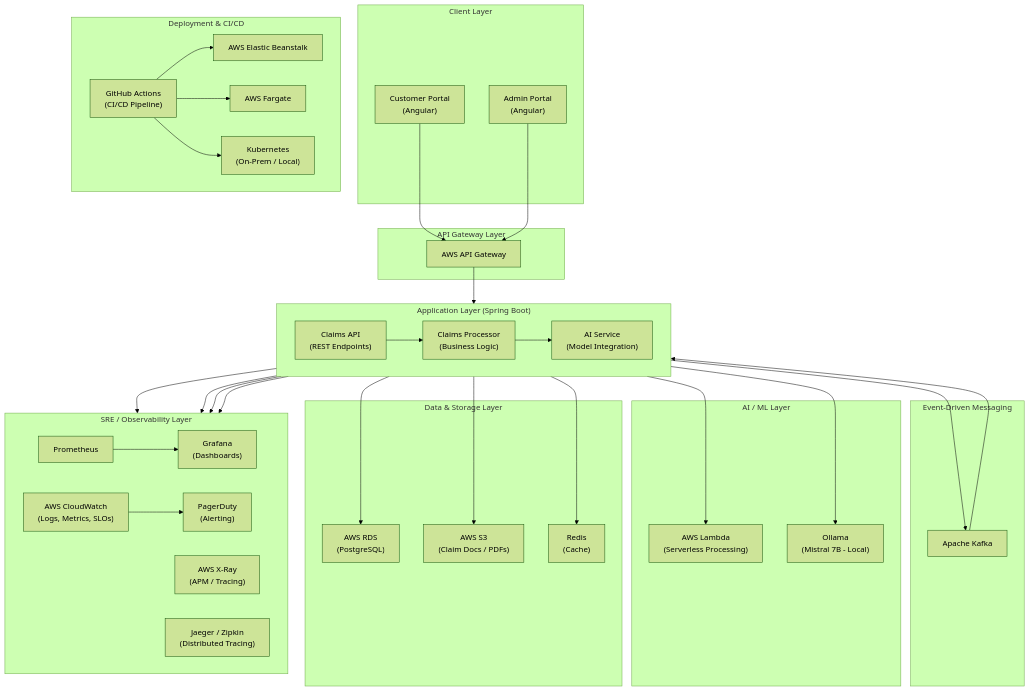
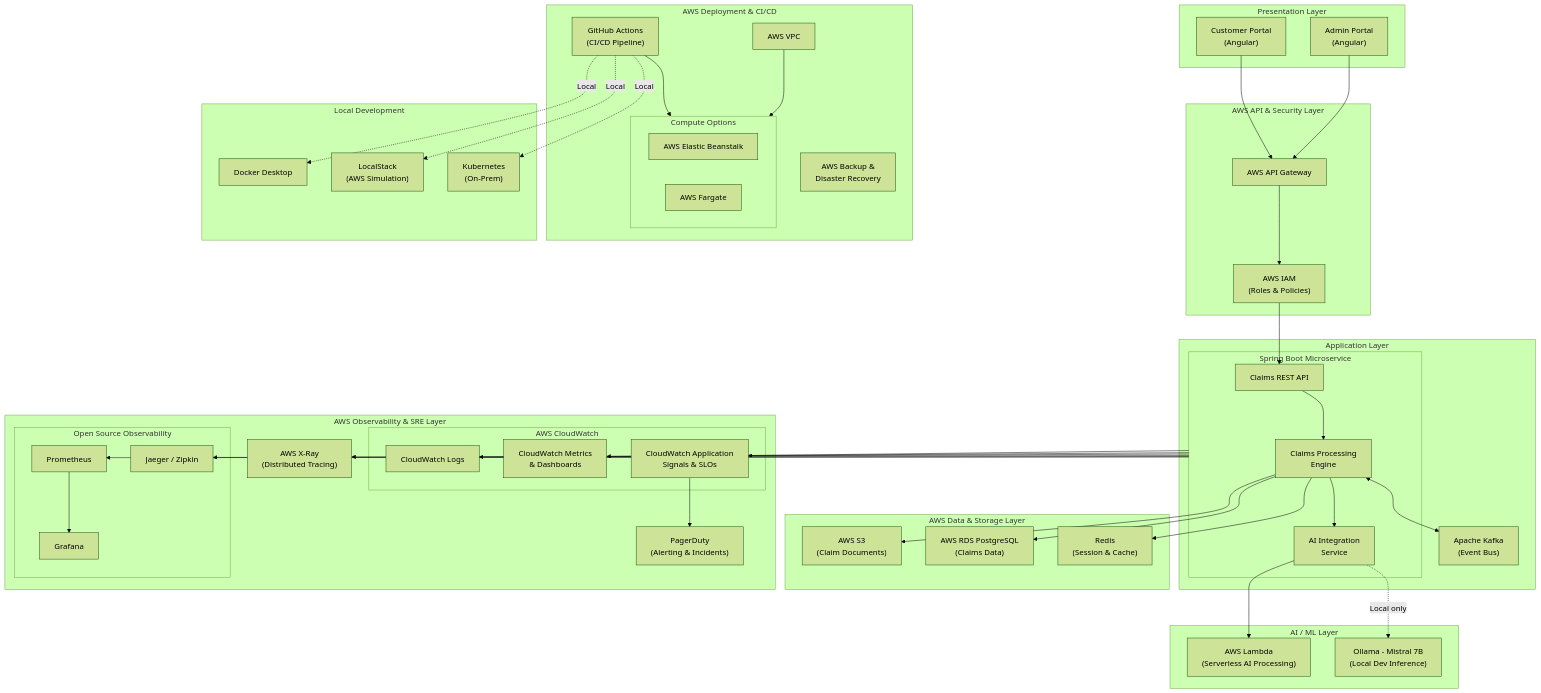
Before and after one commit to javakishore-veleti/Claims-Processor-With-SRE: the second of 2 diagrams in CLAUDE.md, drawn with Mermaid (forest theme). The commit also changed other lines of this file, not shown here.

Commit message:
Update architecture diagrams with business/functional and AWS-focused views
Replace single technical diagram with two layered views:
- Business/Functional: actors, claim lifecycle, analytics, reliability ops
- Technical/AWS: AWS-centric layers for API, compute, data, observability, deployment

````diff
--- a/CLAUDE.md
+++ b/CLAUDE.md
@@ -40,70 +83,81 @@
 ```mermaid
 flowchart TB
-    subgraph Clients["Client Layer"]
+    subgraph Presentation["Presentation Layer"]
         CP["Customer Portal<br/>(Angular)"]
         AP["Admin Portal<br/>(Angular)"]
     end
 
-    subgraph Gateway["API Gateway Layer"]
+    subgraph AWSAPI["AWS API & Security Layer"]
         APIGW["AWS API Gateway"]
+        IAM["AWS IAM<br/>(Roles & Policies)"]
     end
 
-    subgraph App["Application Layer (Spring Boot)"]
-        direction LR
-        ClaimsAPI["Claims API<br/>(REST Endpoints)"]
-        ClaimsProcessor["Claims Processor<br/>(Business Logic)"]
-        AIService["AI Service<br/>(Model Integration)"]
+    subgraph Application["Application Layer"]
+        subgraph SpringBoot["Spring Boot Microservice"]
+            ClaimsAPI["Claims REST API"]
+            ClaimsProcessor["Claims Processing<br/>Engine"]
+            AIService["AI Integration<br/>Service"]
+        end
+        Kafka["Apache Kafka<br/>(Event Bus)"]
     end
 
-    subgraph Messaging["Event-Driven Messaging"]
-        Kafka["Apache Kafka"]
+    subgraph AILayer["AI / ML Layer"]
+        Lambda["AWS Lambda<br/>(Serverless AI Processing)"]
+        Ollama["Ollama - Mistral 7B<br/>(Local Dev Inference)"]
     end
 
-    subgraph AI["AI / ML Layer"]
-        Lambda["AWS Lambda<br/>(Serverless Processing)"]
-        Ollama["Ollama<br/>(Mistral 7B - Local)"]
+    subgraph AWSData["AWS Data & Storage Layer"]
+        S3["AWS S3<br/>(Claim Documents)"]
+        RDS["AWS RDS PostgreSQL<br/>(Claims Data)"]
+        Redis["Redis<br/>(Session & Cache)"]
     end
 
-    subgraph Storage["Data & Storage Layer"]
-        RDS["AWS RDS<br/>(PostgreSQL)"]
-        S3["AWS S3<br/>(Claim Docs / PDFs)"]
-        Redis["Redis<br/>(Cache)"]
+    subgraph AWSObservability["AWS Observability & SRE Layer"]
+        subgraph CloudWatch["AWS CloudWatch"]
+            CWLogs["CloudWatch Logs"]
+            CWMetrics["CloudWatch Metrics<br/>& Dashboards"]
+            CWSLOs["CloudWatch Application<br/>Signals & SLOs"]
+        end
+        XRay["AWS X-Ray<br/>(Distributed Tracing)"]
+        subgraph OpenSource["Open Source Observability"]
+            Prom["Prometheus"] --> Graf["Grafana"]
+            Jaeger["Jaeger / Zipkin"]
+        end
+        PD["PagerDuty<br/>(Alerting & Incidents)"]
     end
 
-    subgraph Observability["SRE / Observability Layer"]
-        direction LR
-        CW["AWS CloudWatch<br/>(Logs, Metrics, SLOs)"]
-        XRay["AWS X-Ray<br/>(APM / Tracing)"]
-        Prom["Prometheus"]
-        Graf["Grafana<br/>(Dashboards)"]
-        Jaeger["Jaeger / Zipkin<br/>(Distributed Tracing)"]
-        PD["PagerDuty<br/>(Alerting)"]
+    subgraph AWSDeployment["AWS Deployment & CI/CD"]
+        VPC["AWS VPC"]
+        subgraph Compute["Compute Options"]
+            EB["AWS Elastic Beanstalk"]
+            Fargate["AWS Fargate"]
+        end
+        GHA["GitHub Actions<br/>(CI/CD Pipeline)"]
+        Backup["AWS Backup &<br/>Disaster Recovery"]
     end
 
-    subgraph Deployment["Deployment & CI/CD"]
-        direction LR
-        GHA["GitHub Actions<br/>(CI/CD Pipeline)"]
-        EB["AWS Elastic Beanstalk"]
-        Fargate["AWS Fargate"]
-        K8s["Kubernetes<br/>(On-Prem / Local)"]
+    subgraph LocalDev["Local Development"]
+        Docker["Docker Desktop"]
+        LocalStack["LocalStack<br/>(AWS Simulation)"]
+        K8s["Kubernetes<br/>(On-Prem)"]
     end
 
     CP & AP --> APIGW
-    APIGW --> ClaimsAPI
+    APIGW --> IAM --> ClaimsAPI
     ClaimsAPI --> ClaimsProcessor
     ClaimsProcessor --> AIService
-    ClaimsProcessor --> Kafka
-    Kafka --> ClaimsProcessor
+    ClaimsProcessor <--> Kafka
     AIService --> Lambda
-    AIService --> Ollama
+    AIService -.->|"Local only"| Ollama
+    ClaimsProcessor --> S3
     ClaimsProcessor --> RDS
-    ClaimsProcessor --> S3
     ClaimsProcessor --> Redis
-    App --> CW
-    App --> XRay
-    App --> Prom
-    Prom --> Graf
-    CW --> PD
-    App --> Jaeger
-    GHA --> EB & Fargate & K8s
+    SpringBoot --> CWLogs & CWMetrics & CWSLOs
+    SpringBoot --> XRay
+    SpringBoot --> Prom
+    SpringBoot --> Jaeger
+    CWSLOs --> PD
+    GHA --> Compute
+    VPC --> Compute
+    GHA -.->|"Local"| Docker & LocalStack & K8s
 ```
````
